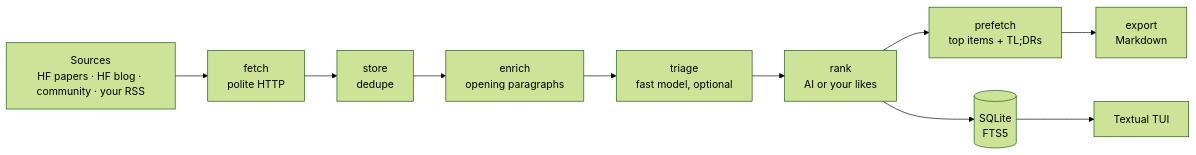
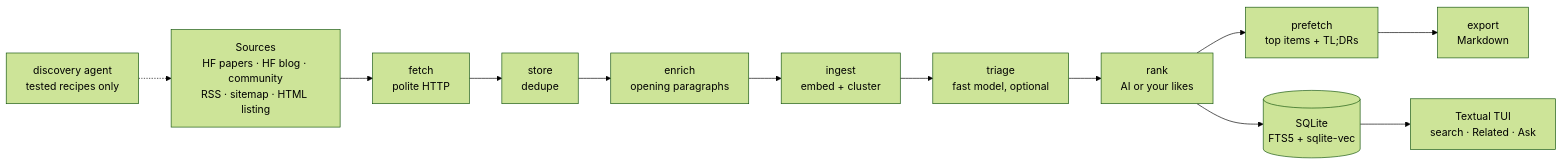
One commit to omarcevi/augury changed the diagram in README.md. Above: the diagram before and after it, drawn with Mermaid (forest theme). The commit also changed other lines of this file, not shown here.

Commit message:
docs: update the README for the discovery agent (M3) and RAG (M4)

````diff
--- a/README.md
+++ b/README.md
@@ -69,12 +91,14 @@
 ```mermaid
 flowchart LR
-    S[Sources<br/>HF papers · HF blog · community · your RSS] --> F[fetch<br/>polite HTTP]
+    S[Sources<br/>HF papers · HF blog · community<br/>RSS · sitemap · HTML listing] --> F[fetch<br/>polite HTTP]
     F --> ST[store<br/>dedupe]
     ST --> E[enrich<br/>opening paragraphs]
-    E --> T[triage<br/>fast model, optional]
+    E --> I[ingest<br/>embed + cluster]
+    I --> T[triage<br/>fast model, optional]
     T --> R[rank<br/>AI or your likes]
     R --> P[prefetch<br/>top items + TL;DRs]
     P --> X[export<br/>Markdown]
-    R --> DB[(SQLite<br/>FTS5)]
-    DB --> TUI[Textual TUI]
+    R --> DB[(SQLite<br/>FTS5 + sqlite-vec)]
+    DB --> TUI[Textual TUI<br/>search · Related · Ask]
+    D[discovery agent<br/>tested recipes only] -.-> S
 ```
````
